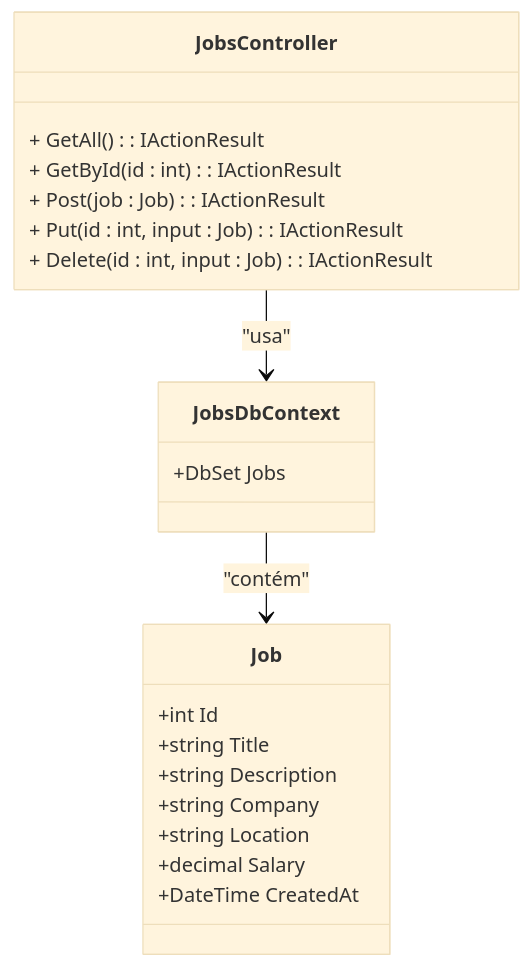
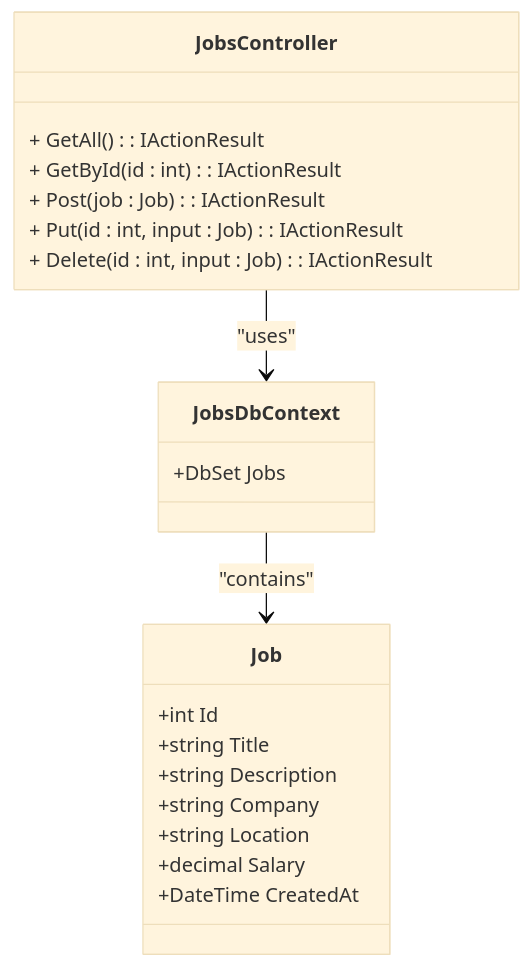
Before and after one commit to Fabiovgc/Jobs-Api: the diagram in README.md, drawn with Mermaid (base theme).

````diff
--- a/README.md
+++ b/README.md
@@ -82,27 +82,27 @@
 ```mermaid
 classDiagram
     class Job {
         +int Id
         +string Title
         +string Description
         +string Company
         +string Location
         +decimal Salary
         +DateTime CreatedAt
     }
 
     class JobsDbContext {
         +DbSet<Job> Jobs
     }
 
     class JobsController {
         + GetAll() : IActionResult
         + GetById(id : int) : IActionResult
         + Post(job : Job) : IActionResult
         + Put(id : int, input : Job) : IActionResult
         + Delete(id : int, input : Job) : IActionResult
     }
 
-    JobsDbContext --> Job : "contém"
-    JobsController --> JobsDbContext : "usa"
+    JobsDbContext --> Job : "contains"
+    JobsController --> JobsDbContext : "uses"
 ```
````
